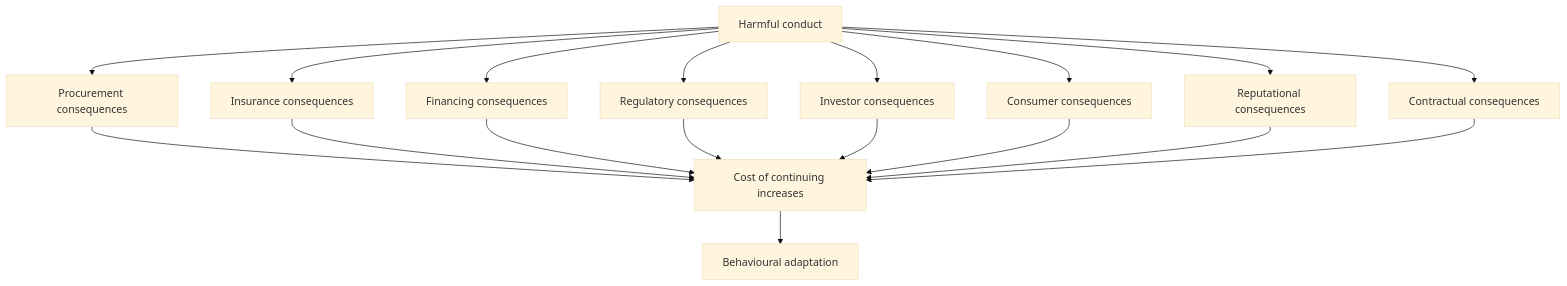
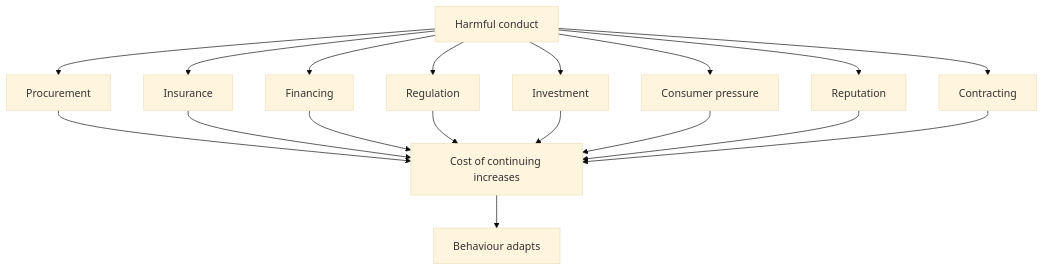
Before and after one commit to josefsbreakfast/Polaris-Protocol: the fourth of 14 diagrams in 🌕_5_Long_Strategies/💸_Business_Is_Tooling/💸_making_harm_too_expensive_to_continue.md, drawn with Mermaid (base theme). The commit also changed other lines of this file, not shown here.

````diff
--- a/🌕_5_Long_Strategies/💸_Business_Is_Tooling/💸_making_harm_too_expensive_to_continue.md
+++ b/🌕_5_Long_Strategies/💸_Business_Is_Tooling/💸_making_harm_too_expensive_to_continue.md
@@ -158,24 +121,24 @@
 ```mermaid
 flowchart TD
     A[Harmful conduct]
 
-    A --> B[Procurement consequences]
-    A --> C[Insurance consequences]
-    A --> D[Financing consequences]
-    A --> E[Regulatory consequences]
-    A --> F[Investor consequences]
-    A --> G[Consumer consequences]
-    A --> H[Reputational consequences]
-    A --> I[Contractual consequences]
+    A --> B[Procurement]
+    A --> C[Insurance]
+    A --> D[Financing]
+    A --> E[Regulation]
+    A --> F[Investment]
+    A --> G[Consumer pressure]
+    A --> H[Reputation]
+    A --> I[Contracting]
 
     B --> J[Cost of continuing increases]
     C --> J
     D --> J
     E --> J
     F --> J
     G --> J
     H --> J
     I --> J
 
-    J --> K[Behavioural adaptation]
+    J --> K[Behaviour adapts]
 ```
````
